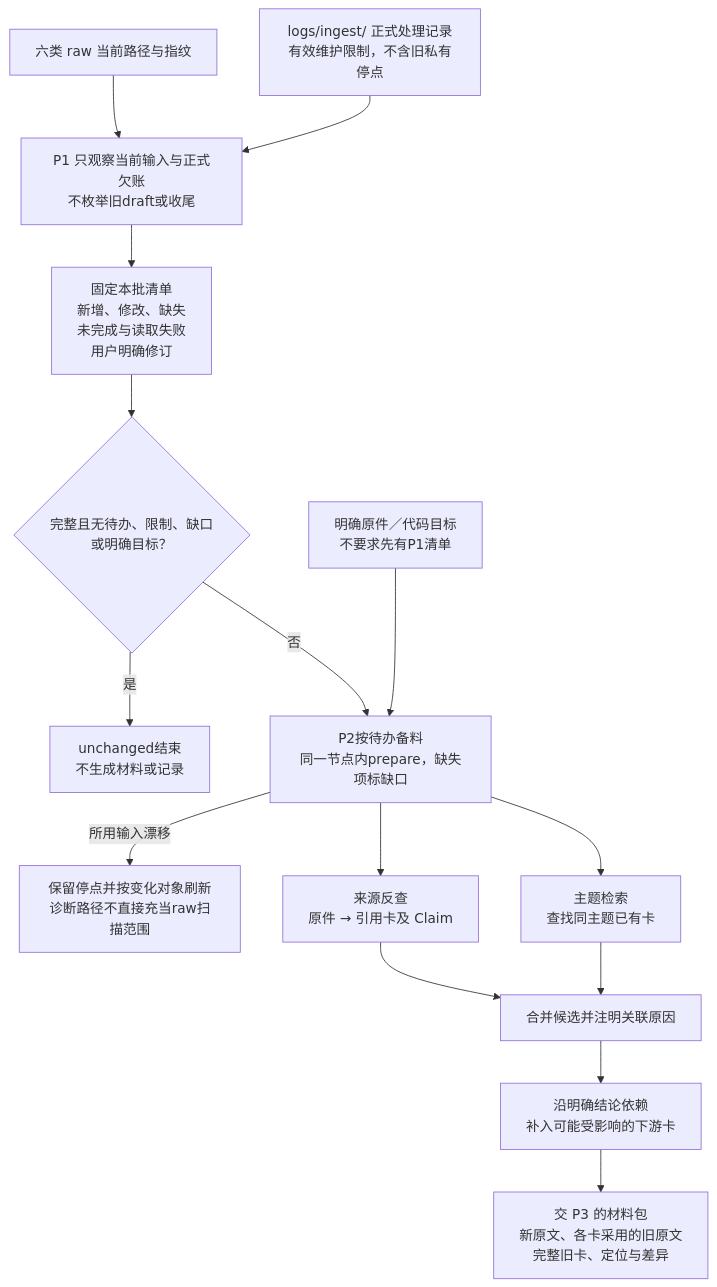
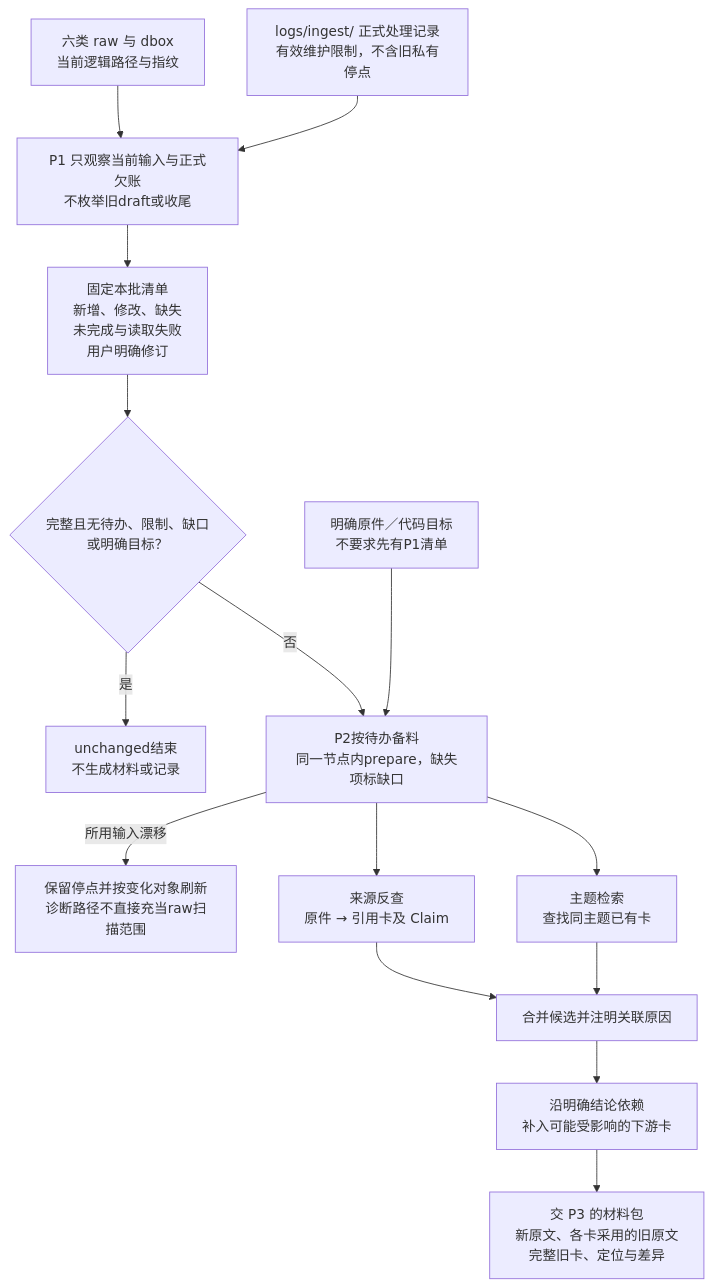
Diagram 13 of 27 in himate-knowledge-wifi-mp/docs-llm-wiki/知识库详细设计.md (Robin-hhc/FactumCore), drawn with Mermaid before and after one commit. The commit also changed other lines of this file and 52 other files, not shown here.

````diff
--- a/himate-knowledge-wifi-mp/docs-llm-wiki/知识库详细设计.md
+++ b/himate-knowledge-wifi-mp/docs-llm-wiki/知识库详细设计.md
@@ -510,17 +514,17 @@
 ```mermaid
 flowchart TD
-    RAW["六类 raw 当前路径与指纹"] --> SCAN["P1 只观察当前输入与正式欠账<br/>不枚举旧draft或收尾"]
+    RAW["六类 raw 与 dbox<br/>当前逻辑路径与指纹"] --> SCAN["P1 只观察当前输入与正式欠账<br/>不枚举旧draft或收尾"]
     RECORD["logs/ingest/ 正式处理记录<br/>有效维护限制，不含旧私有停点"] --> SCAN
     SCAN --> LIST["固定本批清单<br/>新增、修改、缺失<br/>未完成与读取失败<br/>用户明确修订"]
     LIST --> TODO{"完整且无待办、限制、缺口或明确目标？"}
     TODO -->|是| END["unchanged结束<br/>不生成材料或记录"]
     TODO -->|否| CAPTURE["P2按待办备料<br/>同一节点内prepare，缺失项标缺口"]
     TARGET["明确原件／代码目标<br/>不要求先有P1清单"] --> CAPTURE
     CAPTURE -->|所用输入漂移| DRIFT["保留停点并按变化对象刷新<br/>诊断路径不直接充当raw扫描范围"]
     CAPTURE --> REF["来源反查<br/>原件 → 引用卡及 Claim"]
     CAPTURE --> SEARCH["主题检索<br/>查找同主题已有卡"]
     REF --> POOL["合并候选并注明关联原因"]
     SEARCH --> POOL
     POOL --> DEP["沿明确结论依赖<br/>补入可能受影响的下游卡"]
     DEP --> MAT["交 P3 的材料包<br/>新原文、各卡采用的旧原文<br/>完整旧卡、定位与差异"]
 ```
````
